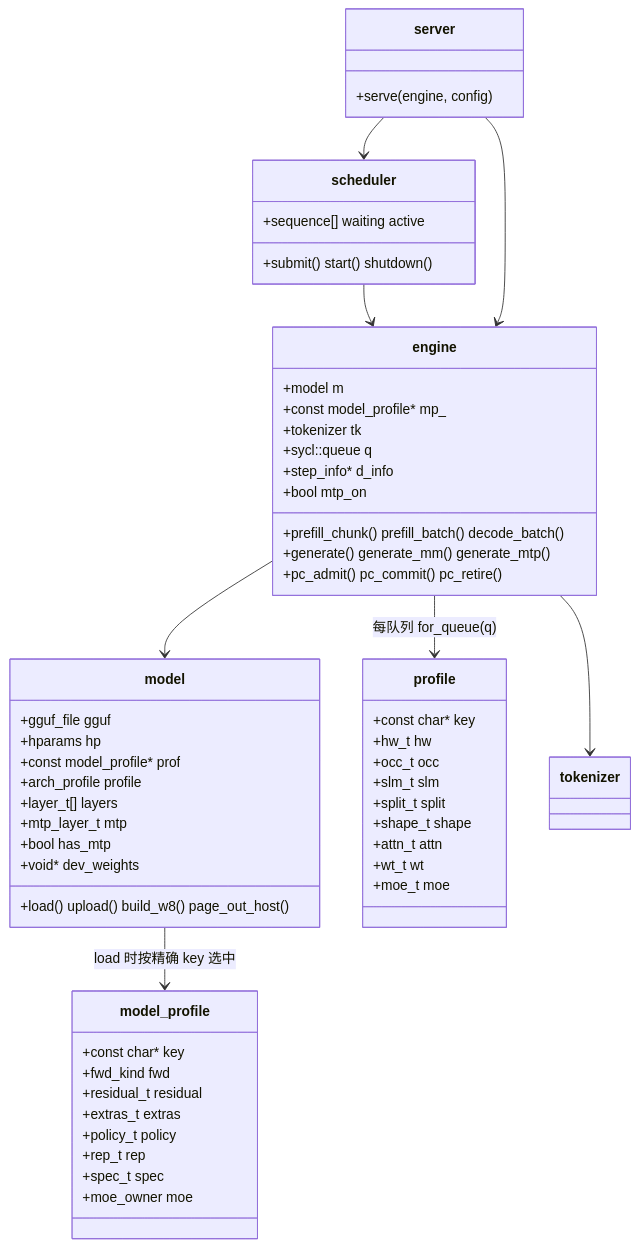
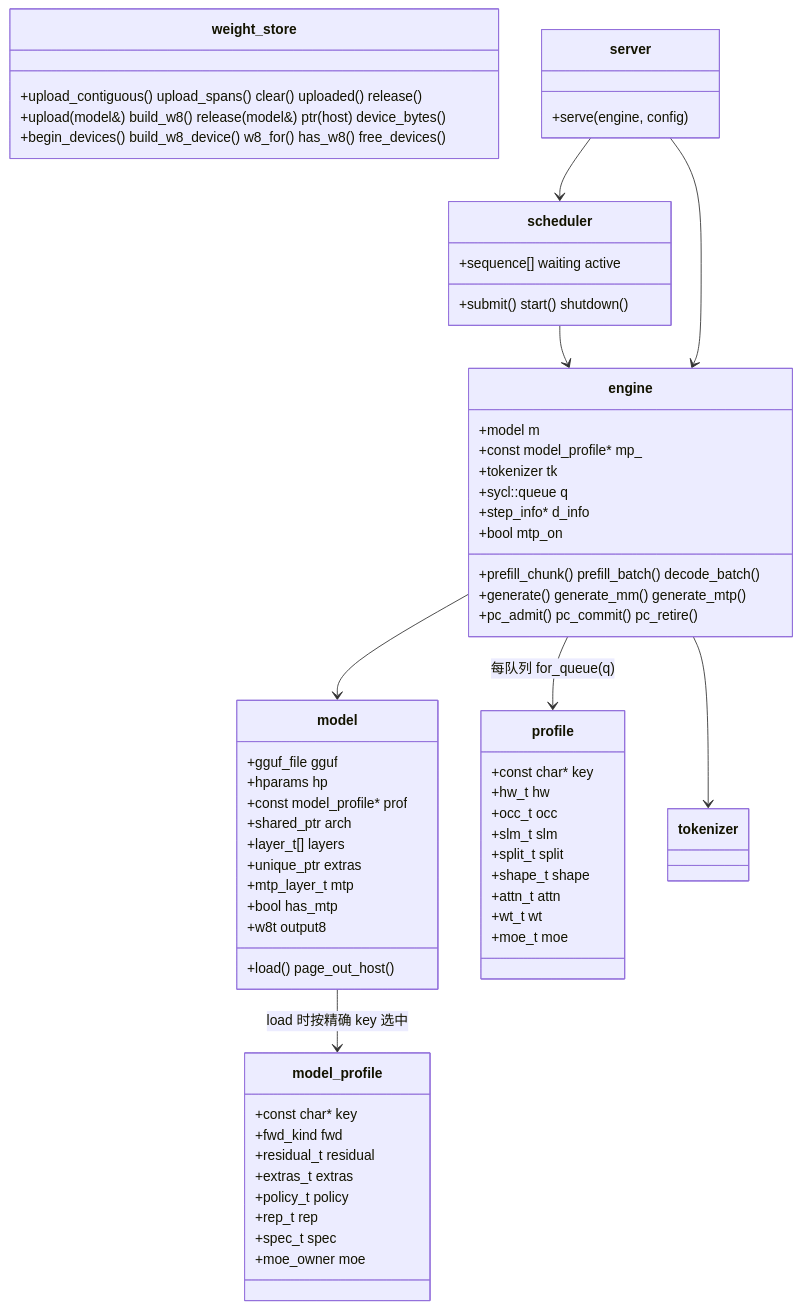
One commit to notsyncing/sycl-infer changed the second of 3 diagrams in docs/architecture.md. Above: the diagram before and after it, drawn with Mermaid. The commit also changed other lines of this file and 122 other files, not shown here.

````diff
--- a/docs/architecture.md
+++ b/docs/architecture.md
@@ -219,60 +250,66 @@
 ```mermaid
 classDiagram
     class engine {
         +model m
         +const model_profile* mp_
         +tokenizer tk
         +sycl::queue q
         +step_info* d_info
         +prefill_chunk() prefill_batch() decode_batch()
         +generate() generate_mm() generate_mtp()
         +pc_admit() pc_commit() pc_retire()
         +bool mtp_on
     }
     class model {
         +gguf_file gguf
         +hparams hp
         +const model_profile* prof
-        +arch_profile profile
+        +shared_ptr<arch_hparams> arch
         +layer_t[] layers
+        +unique_ptr<arch_model_extras> extras
         +mtp_layer_t mtp
         +bool has_mtp
-        +void* dev_weights
-        +load() upload() build_w8() page_out_host()
+        +w8t output8
+        +load() page_out_host()
+    }
+    class weight_store {
+        +upload_contiguous() upload_spans() clear() uploaded() release()
+        +upload(model&) build_w8() release(model&) ptr(host) device_bytes()
+        +begin_devices() build_w8_device() w8_for() has_w8() free_devices()
     }
     class model_profile {
         +const char* key
         +fwd_kind fwd
         +residual_t residual
         +extras_t extras
         +policy_t policy
         +rep_t rep
         +spec_t spec
         +moe_owner moe
     }
     class profile {
         +const char* key
         +hw_t hw
         +occ_t occ
         +slm_t slm
         +split_t split
         +shape_t shape
         +attn_t attn
         +wt_t wt
         +moe_t moe
     }
     class scheduler {
         +sequence[] waiting active
         +submit() start() shutdown()
     }
     class server {
         +serve(engine, config)
     }
     engine --> model
     model --> model_profile : load 时按精确 key 选中
     engine --> tokenizer
     engine --> profile : 每队列 for_queue(q)
     scheduler --> engine
     server --> scheduler
     server --> engine
 ```
````
